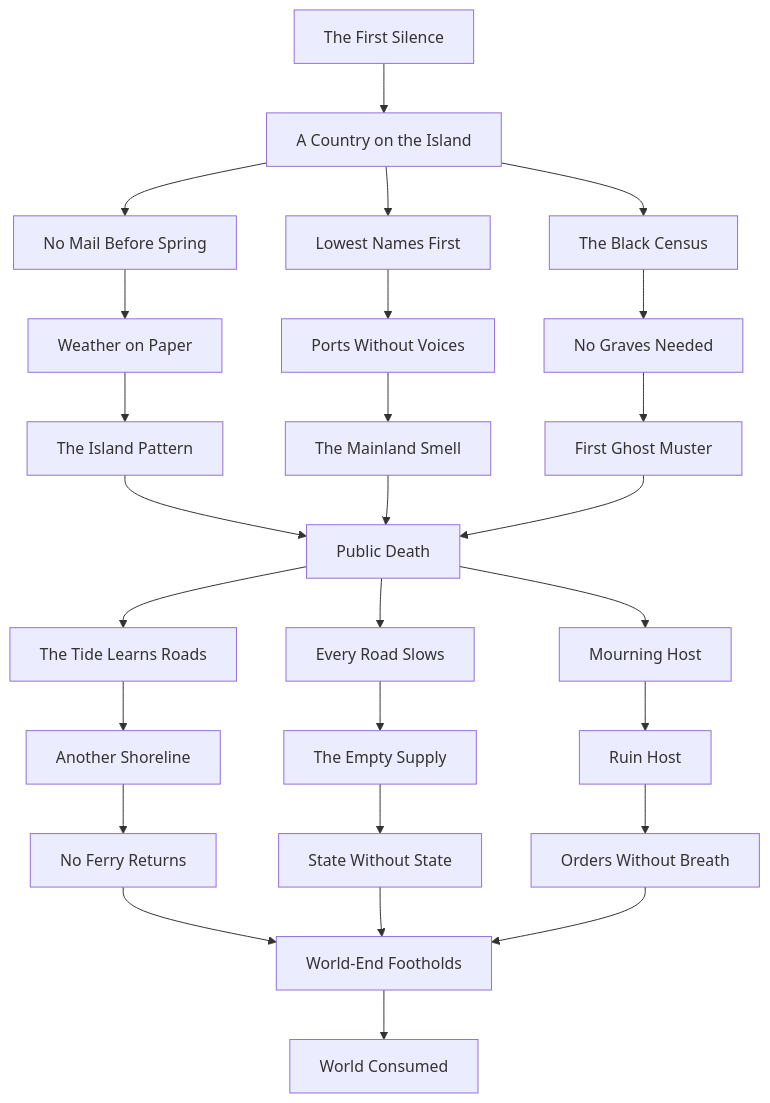
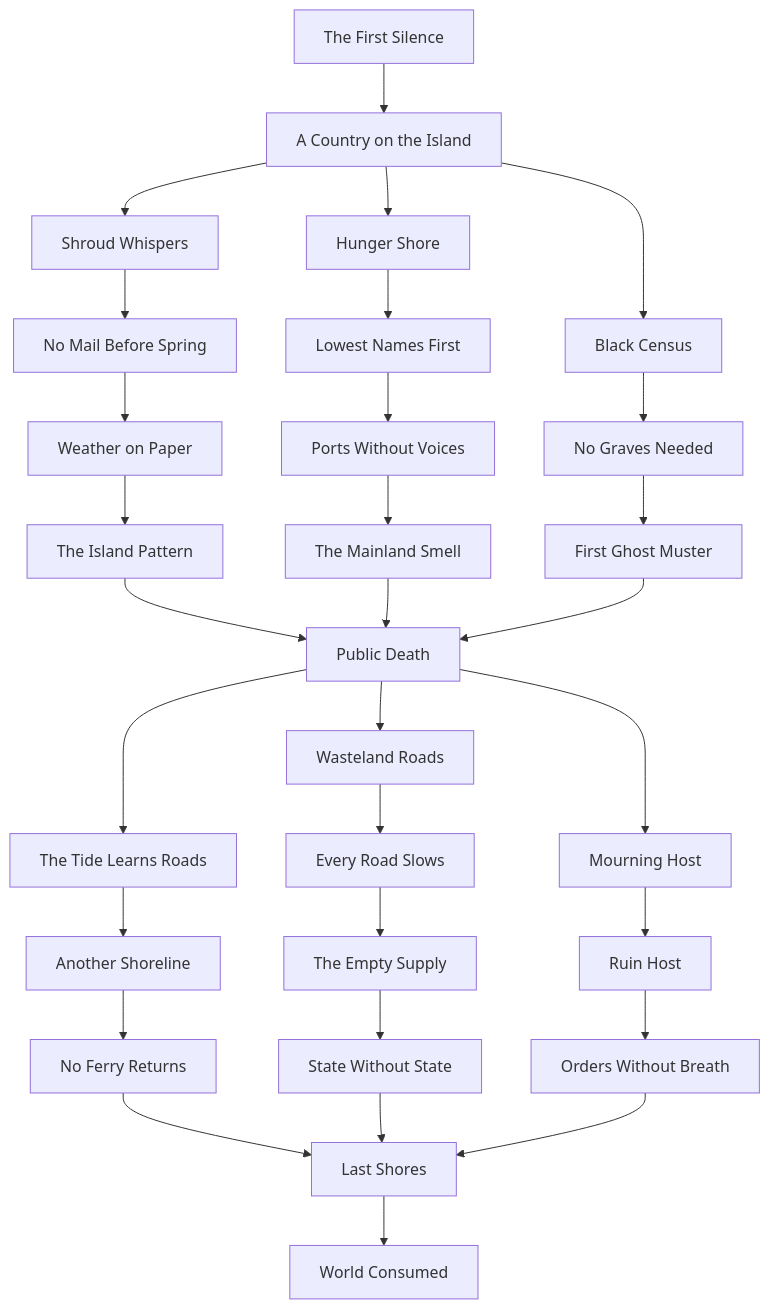
The diagram in docs/specs/010_death_specs/focus_graphs/010_death_focus_architecture.mmd (klimPaskov/Chaos-Redux), drawn with Mermaid before and after one commit. The commit also changed 17 other files, not shown here.

```diff
--- a/docs/specs/010_death_specs/focus_graphs/010_death_focus_architecture.mmd
+++ b/docs/specs/010_death_specs/focus_graphs/010_death_focus_architecture.mmd
@@ -1,36 +1,40 @@
 flowchart TD
+    %% Implemented 26-focus tree in common/national_focus/010_death_focus_tree.txt (reconciled 2026-10-10)
     A[The First Silence] --> B[A Country on the Island]
-    B --> S1[No Mail Before Spring]
-    B --> H1[Lowest Names First]
-    B --> C1[The Black Census]
+    B --> S0[Shroud Whispers]
+    B --> H0[Hunger Shore]
+    B --> C1[Black Census]
 
+    S0 --> S1[No Mail Before Spring]
     S1 --> S2[Weather on Paper]
     S2 --> S3[The Island Pattern]
 
+    H0 --> H1[Lowest Names First]
     H1 --> H2[Ports Without Voices]
     H2 --> H3[The Mainland Smell]
 
     C1 --> C2[No Graves Needed]
     C2 --> C3[First Ghost Muster]
 
     S3 --> R[Public Death]
     H3 --> R
     C3 --> R
 
     R --> CO1[The Tide Learns Roads]
-    R --> W1[Every Road Slows]
+    R --> W0[Wasteland Roads]
     R --> G1[Mourning Host]
 
     CO1 --> CO2[Another Shoreline]
     CO2 --> CO3[No Ferry Returns]
 
+    W0 --> W1[Every Road Slows]
     W1 --> W2[The Empty Supply]
     W2 --> W3[State Without State]
 
     G1 --> G2[Ruin Host]
     G2 --> G3[Orders Without Breath]
 
-    CO3 --> LS[World-End Footholds]
+    CO3 --> LS[Last Shores]
     W3 --> LS
     G3 --> LS
     LS --> N[World Consumed]
```
